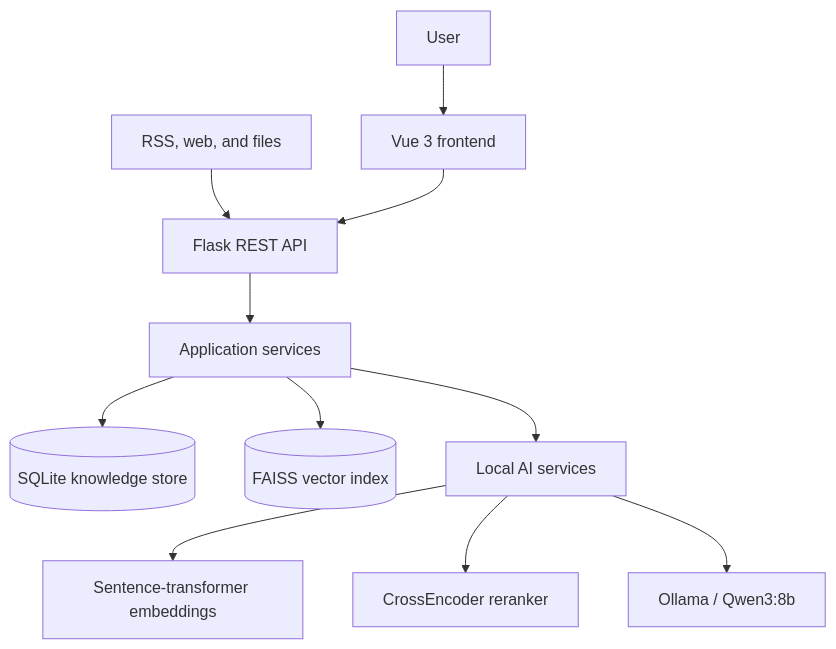
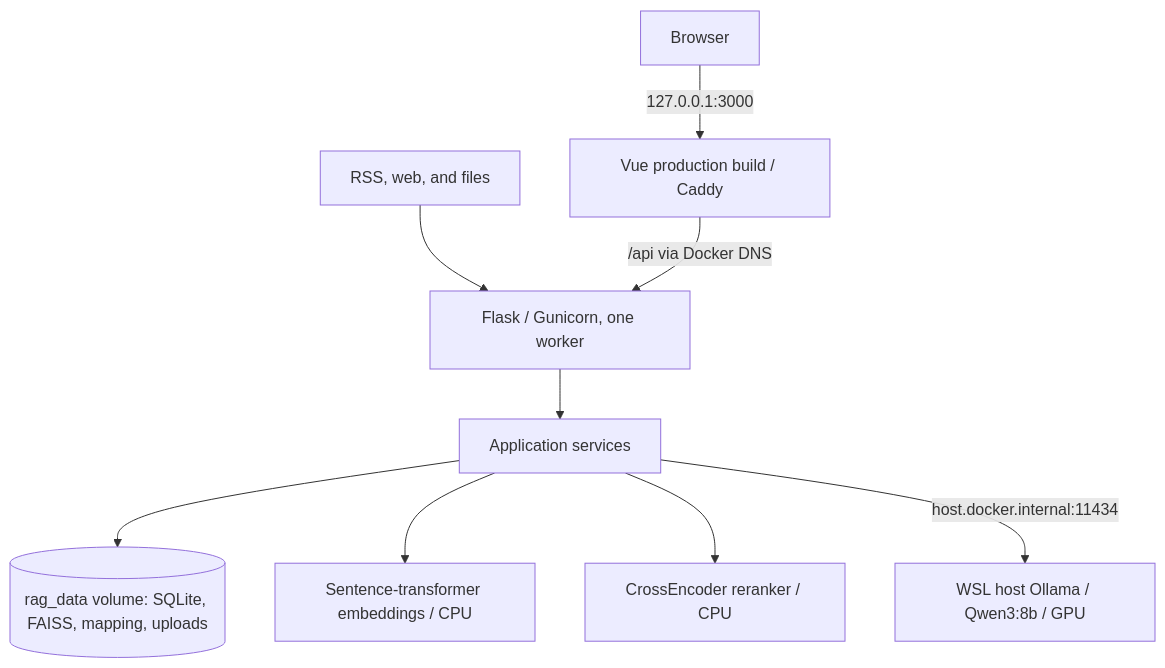
One commit to Henric0612/rag-news-intelligence-platform changed the first of 2 diagrams in README.md. Above: the diagram before and after it, drawn with Mermaid. The commit also changed other lines of this file and 56 other files, not shown here.

````diff
--- a/README.md
+++ b/README.md
@@ -28,13 +28,11 @@
 ```mermaid
 flowchart TB
-    USER["User"] --> UI["Vue 3 frontend"]
-    SOURCE["RSS, web, and files"] --> API["Flask REST API"]
-    UI --> API
+    USER["Browser"] -->|127.0.0.1:3000| UI["Vue production build / Caddy"]
+    SOURCE["RSS, web, and files"] --> API["Flask / Gunicorn, one worker"]
+    UI -->|/api via Docker DNS| API
     API --> SERVICES["Application services"]
-    SERVICES --> SQL[("SQLite knowledge store")]
-    SERVICES --> INDEX[("FAISS vector index")]
-    SERVICES --> MODELS["Local AI services"]
-    MODELS --> EMB["Sentence-transformer embeddings"]
-    MODELS --> RERANK["CrossEncoder reranker"]
-    MODELS --> LLM["Ollama / Qwen3:8b"]
+    SERVICES --> DATA[("rag_data volume: SQLite, FAISS, mapping, uploads")]
+    SERVICES --> EMB["Sentence-transformer embeddings / CPU"]
+    SERVICES --> RERANK["CrossEncoder reranker / CPU"]
+    SERVICES -->|host.docker.internal:11434| LLM["WSL host Ollama / Qwen3:8b / GPU"]
 ```
````
